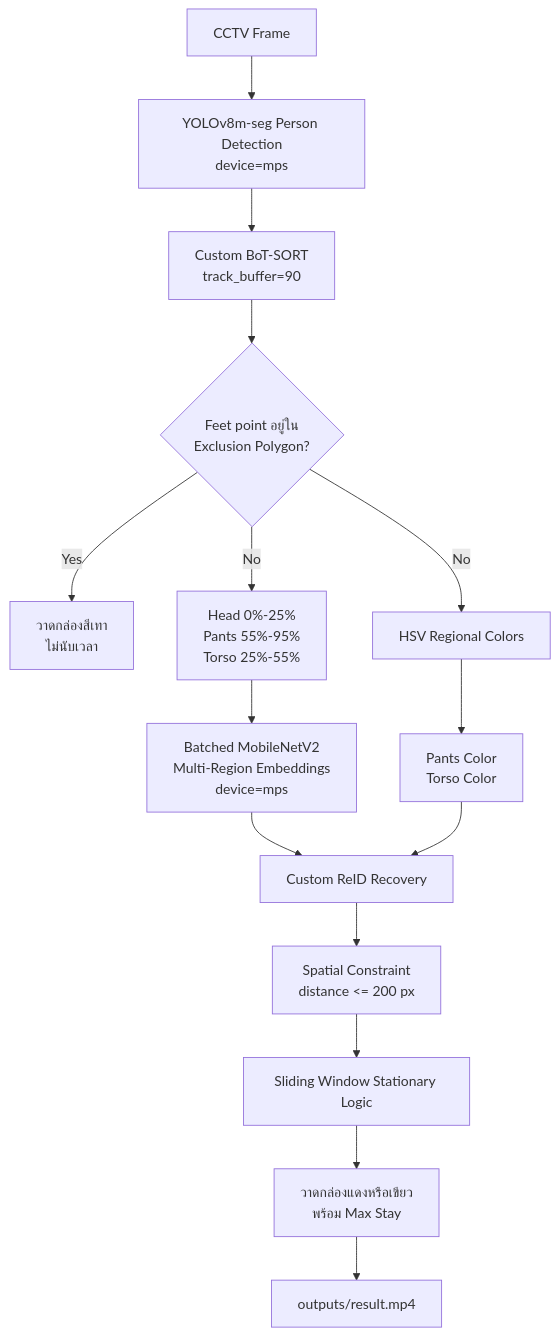
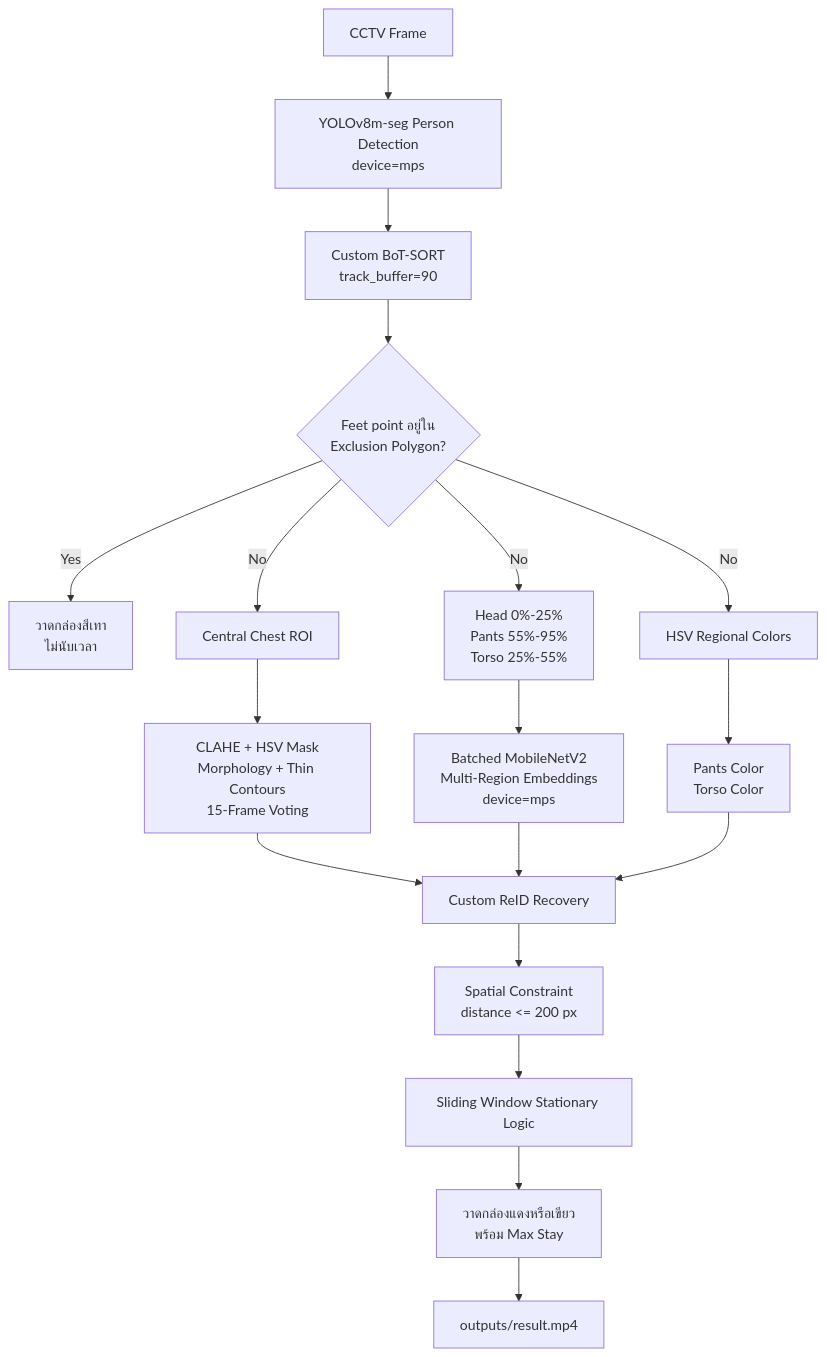
The diagram in docs/IMPLEMENTATION_REPORT.md (keyboardban/connected-stationary-detection), drawn with Mermaid before and after one commit. The commit also changed other lines of this file and 6 other files, not shown here.

````diff
--- a/docs/IMPLEMENTATION_REPORT.md
+++ b/docs/IMPLEMENTATION_REPORT.md
@@ -61,17 +62,20 @@
 ```mermaid
 flowchart TD
     A["CCTV Frame"] --> B["YOLOv8m-seg Person Detection<br/>device=mps"]
     B --> C["Custom BoT-SORT<br/>track_buffer=90"]
     C --> D{"Feet point อยู่ใน<br/>Exclusion Polygon?"}
     D -- "Yes" --> E["วาดกล่องสีเทา<br/>ไม่นับเวลา"]
     D -- "No" --> F["Head 0%-25%<br/>Pants 55%-95%<br/>Torso 25%-55%"]
     F --> G["Batched MobileNetV2<br/>Multi-Region Embeddings<br/>device=mps"]
     D -- "No" --> H["HSV Regional Colors"]
     H --> I["Pants Color<br/>Torso Color"]
+    D -- "No" --> O["Central Chest ROI"]
+    O --> P["CLAHE + HSV Mask<br/>Morphology + Thin Contours<br/>15-Frame Voting"]
+    P --> J
     G --> J["Custom ReID Recovery"]
     I --> J
     J --> K["Spatial Constraint<br/>distance <= 200 px"]
     K --> L["Sliding Window Stationary Logic"]
     L --> M["วาดกล่องแดงหรือเขียว<br/>พร้อม Max Stay"]
     M --> N["outputs/result.mp4"]
 ```
````
